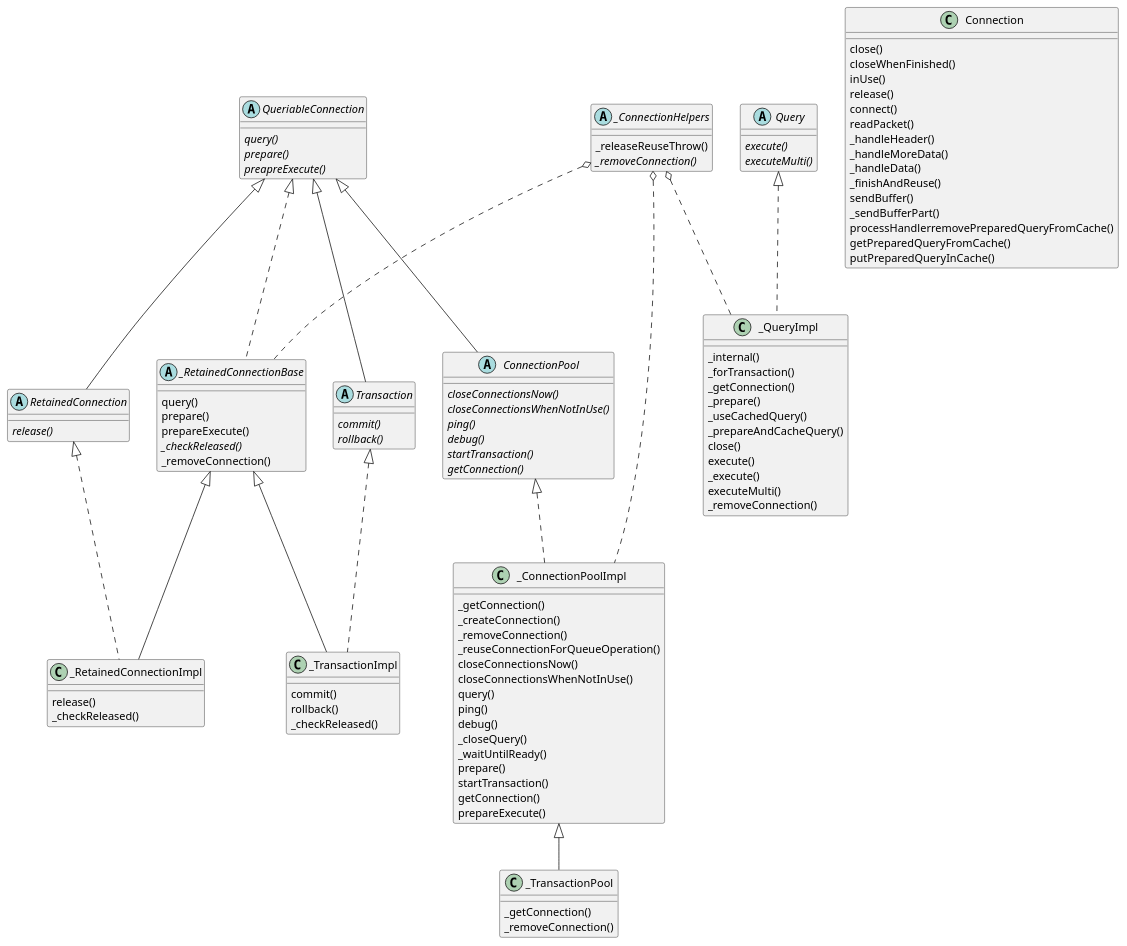
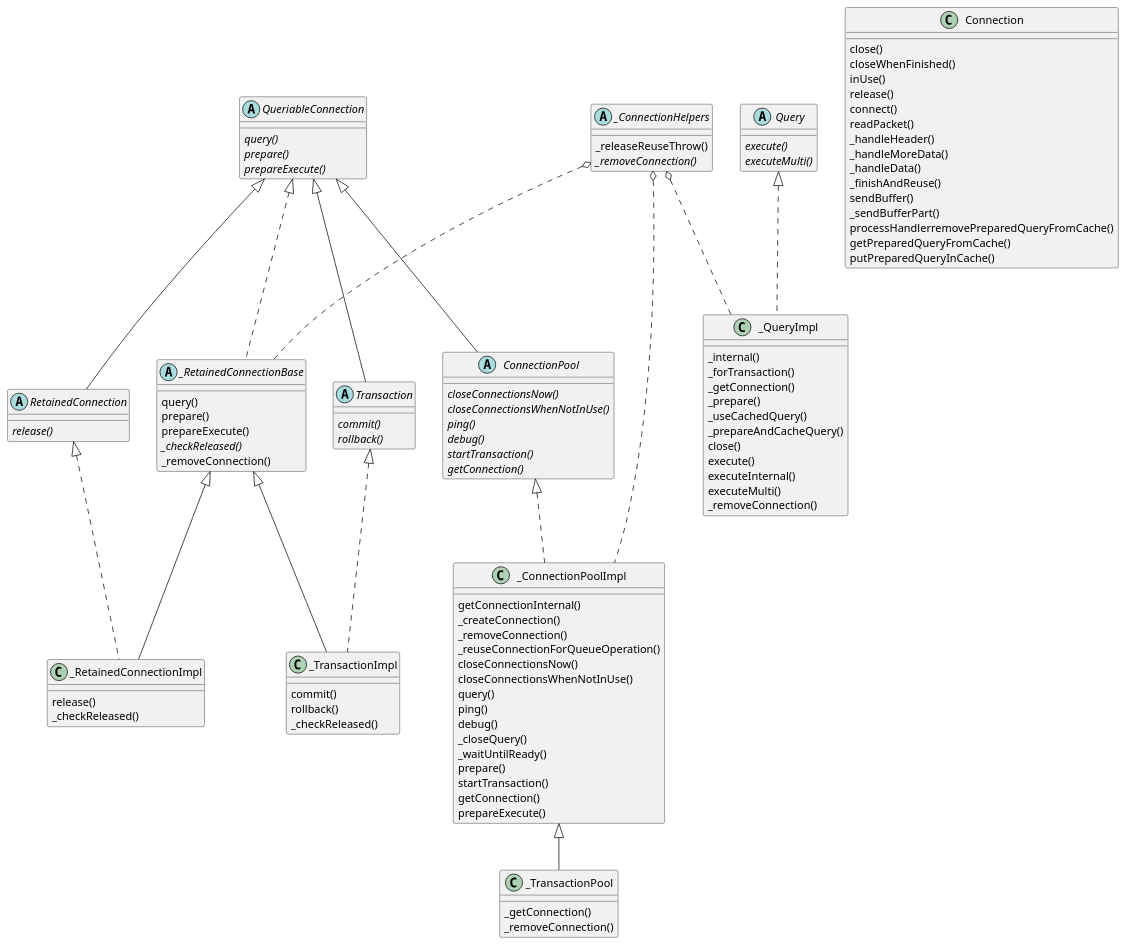
One commit to dart-drivers/mysql changed the diagram in classes.puml. Above: the diagram before and after it, drawn with PlantUML. The commit also changed 3 other files, not shown here.

```diff
--- a/classes.puml
+++ b/classes.puml
@@ -1,119 +1,119 @@
 @startuml
 /'
 <|-- extends
 <|.. implements
 o-- mixin
 '/
 
 abstract class _ConnectionHelpers {
   _releaseReuseThrow()
   {abstract} _removeConnection()
 }
 abstract class QueriableConnection {
   {abstract} query()
   {abstract} prepare()
-  {abstract} preapreExecute()
+  {abstract} prepareExecute()
 }
 abstract class RetainedConnection {
   {abstract} release()
 }
 abstract class _RetainedConnectionBase {
   query()
   prepare()
   prepareExecute()
   {abstract} _checkReleased()
   _removeConnection()
 }
 abstract class Transaction {
   {abstract} commit()
   {abstract} rollback()
 }
 abstract class ConnectionPool {
   {abstract} closeConnectionsNow()
   {abstract} closeConnectionsWhenNotInUse()
   {abstract} ping()
   {abstract} debug()
   {abstract} startTransaction()
   {abstract} getConnection()
 }
 abstract class Query {
   {abstract} execute()
   {abstract} executeMulti()
 }
 class Connection {
   close()
   closeWhenFinished()
   inUse()
   release()
   connect()
   readPacket()
   _handleHeader()
   _handleMoreData()
   _handleData()
   _finishAndReuse()
   sendBuffer()
   _sendBufferPart()
   processHandlerremovePreparedQueryFromCache()
   getPreparedQueryFromCache()
   putPreparedQueryInCache()
 }
 class _RetainedConnectionImpl {
   release()
   _checkReleased()
 }
 class _TransactionImpl {
   commit()
   rollback()
   _checkReleased()
 }
 class _TransactionPool {
   _getConnection()
   _removeConnection()
 }
 class _ConnectionPoolImpl {
-  _getConnection()
+  getConnectionInternal()
   _createConnection()
   _removeConnection()
   _reuseConnectionForQueueOperation()
   closeConnectionsNow()
   closeConnectionsWhenNotInUse()
   query()
   ping()
   debug()
   _closeQuery()
   _waitUntilReady()
   prepare()
   startTransaction()
   getConnection()
   prepareExecute()
 }
 class _QueryImpl {
   _internal()
   _forTransaction()
   _getConnection()
   _prepare()
   _useCachedQuery()
   _prepareAndCacheQuery()
   close()
   execute()
-  _execute()
+  executeInternal()
   executeMulti()
   _removeConnection()
 }
 
 _ConnectionHelpers o.. _RetainedConnectionBase
 _ConnectionHelpers o.. _QueryImpl
 _ConnectionHelpers o.. _ConnectionPoolImpl
 Query <|.. _QueryImpl
 ConnectionPool <|.. _ConnectionPoolImpl
 QueriableConnection <|-- Transaction
 QueriableConnection <|-- ConnectionPool
 QueriableConnection <|-- RetainedConnection
 QueriableConnection <|.. _RetainedConnectionBase
 RetainedConnection <|.. _RetainedConnectionImpl
 _RetainedConnectionBase <|-- _RetainedConnectionImpl
 Transaction <|.. _TransactionImpl
 _RetainedConnectionBase <|-- _TransactionImpl
 _ConnectionPoolImpl <|-- _TransactionPool
 
 @enduml
```
